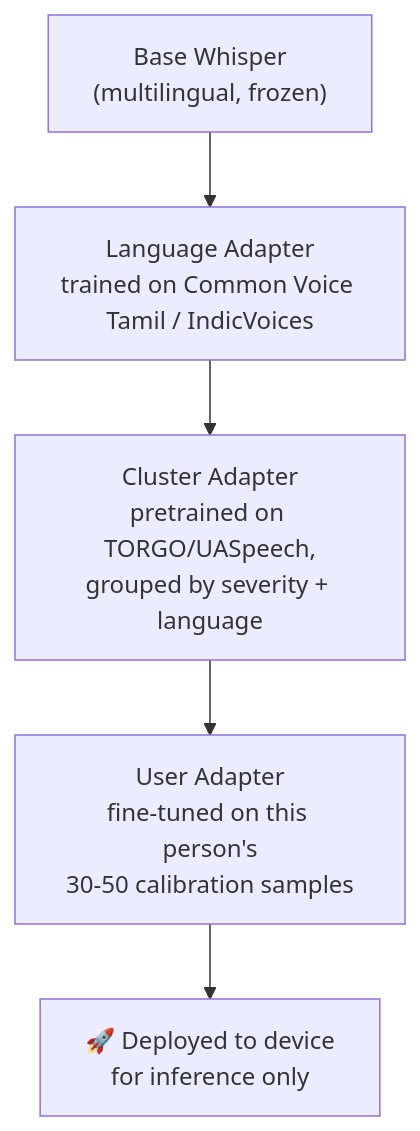
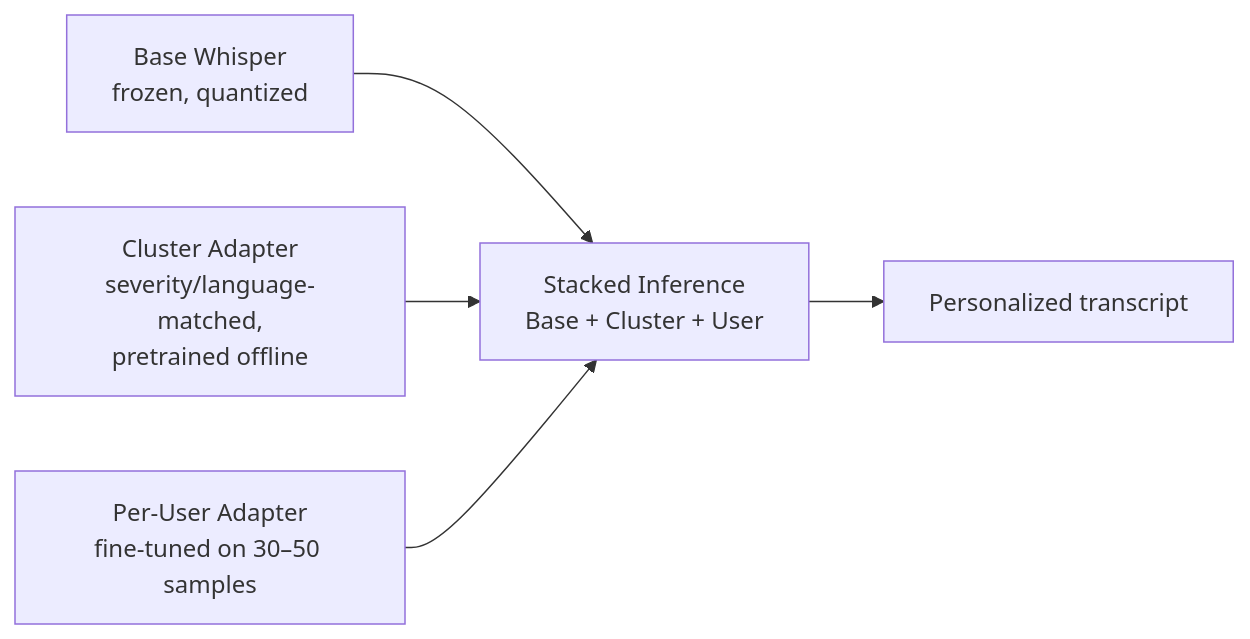
One commit to Anushka13-bit/Vaani changed the fourth of 7 diagrams in README.md. Above: the diagram before and after it, drawn with Mermaid. The commit also changed other lines of this file, not shown here.

````diff
--- a/README.md
+++ b/README.md
@@ -174,7 +192,7 @@
 ```mermaid
-flowchart TB
-    BASE["Base Whisper<br/>(multilingual, frozen)"] --> LANG["Language Adapter<br/>trained on Common Voice Tamil / IndicVoices"]
-    LANG --> CLUSTER["Cluster Adapter<br/>pretrained on TORGO/UASpeech,<br/>grouped by severity + language"]
-    CLUSTER --> USER["User Adapter<br/>fine-tuned on this person's<br/>30-50 calibration samples"]
-    USER --> INFER["🚀 Deployed to device<br/>for inference only"]
+flowchart LR
+    BASE[Base Whisper<br/>frozen, quantized] --> STACK
+    CLUSTER[Cluster Adapter<br/>severity/language-matched,<br/>pretrained offline] --> STACK
+    USER[Per-User Adapter<br/>fine-tuned on 30–50 samples] --> STACK
+    STACK[Stacked Inference<br/>Base + Cluster + User] --> OUT[Personalized transcript]
 ```
````
